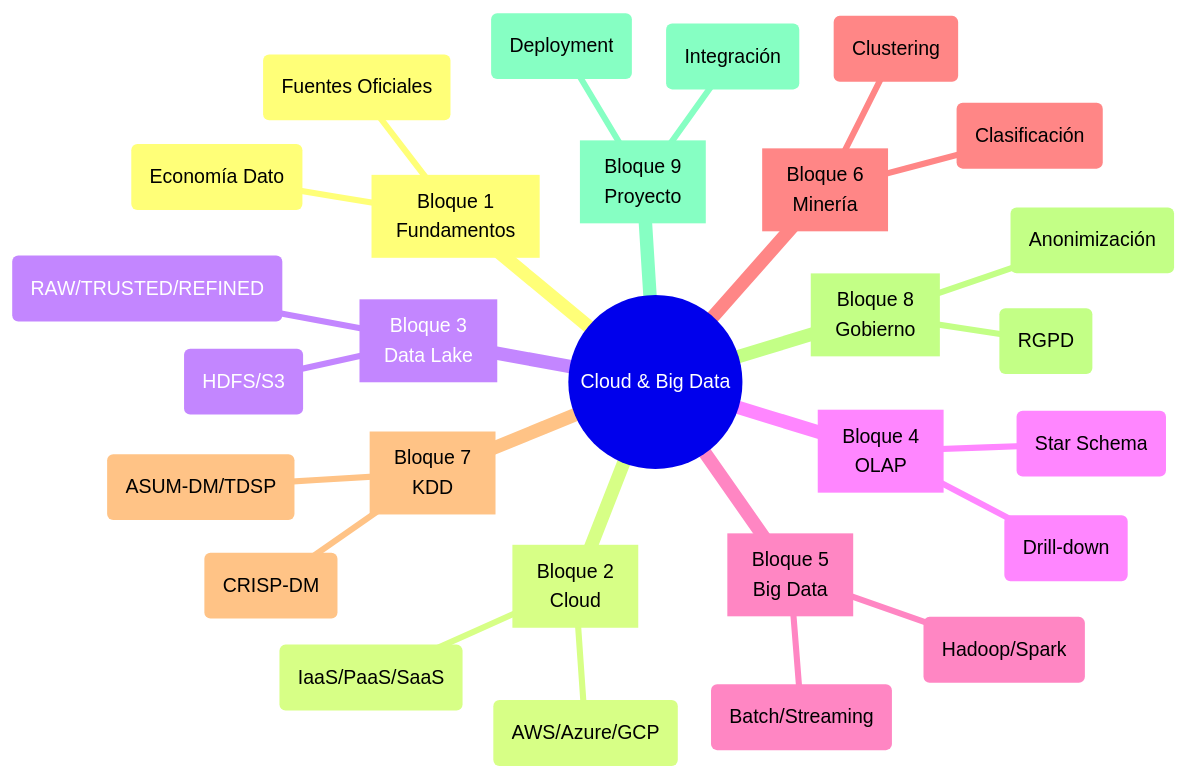
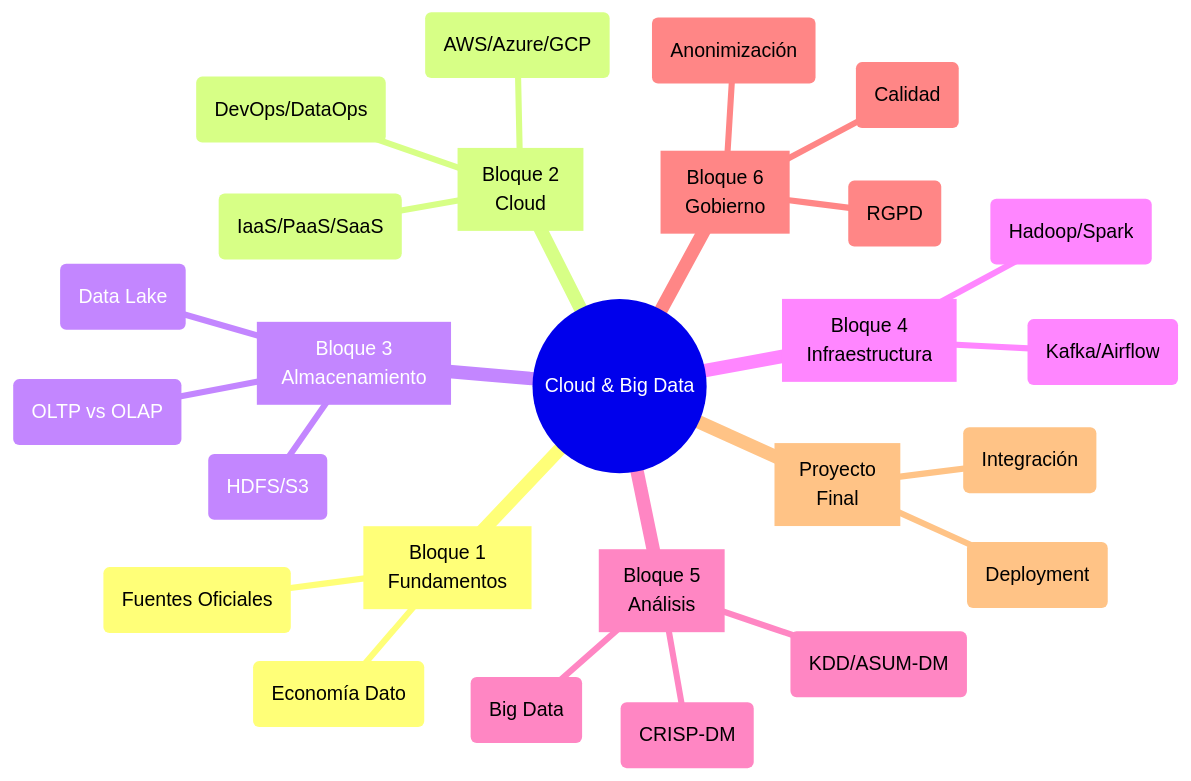
One commit to Jomucon21muri/CloudComputing_BigData changed the seventh of 7 diagrams in docs/index.md. Above: the diagram before and after it, drawn with Mermaid. The commit also changed other lines of this file and 17 other files, not shown here.

````diff
--- a/docs/index.md
+++ b/docs/index.md
@@ -651,31 +651,29 @@
 ```mermaid
 mindmap
   root((Cloud & Big Data))
     [Bloque 1<br/>Fundamentos]
       (Economía Dato)
       (Fuentes Oficiales)
     [Bloque 2<br/>Cloud]
       (IaaS/PaaS/SaaS)
       (AWS/Azure/GCP)
-    [Bloque 3<br/>Data Lake]
-      (RAW/TRUSTED/REFINED)
+      (DevOps/DataOps)
+    [Bloque 3<br/>Almacenamiento]
+      (Data Lake)
       (HDFS/S3)
-    [Bloque 4<br/>OLAP]
-      (Star Schema)
-      (Drill-down)
-    [Bloque 5<br/>Big Data]
+      (OLTP vs OLAP)
+    [Bloque 4<br/>Infraestructura]
       (Hadoop/Spark)
-      (Batch/Streaming)
-    [Bloque 6<br/>Minería]
-      (Clasificación)
-      (Clustering)
-    [Bloque 7<br/>KDD]
+      (Kafka/Airflow)
+    [Bloque 5<br/>Análisis]
+      (Big Data)
       (CRISP-DM)
-      (ASUM-DM/TDSP)
-    [Bloque 8<br/>Gobierno]
+      (KDD/ASUM-DM)
+    [Bloque 6<br/>Gobierno]
+      (Calidad)
       (RGPD)
       (Anonimización)
-    [Bloque 9<br/>Proyecto]
+    [Proyecto<br/>Final]
       (Integración)
       (Deployment)
 ```
````
